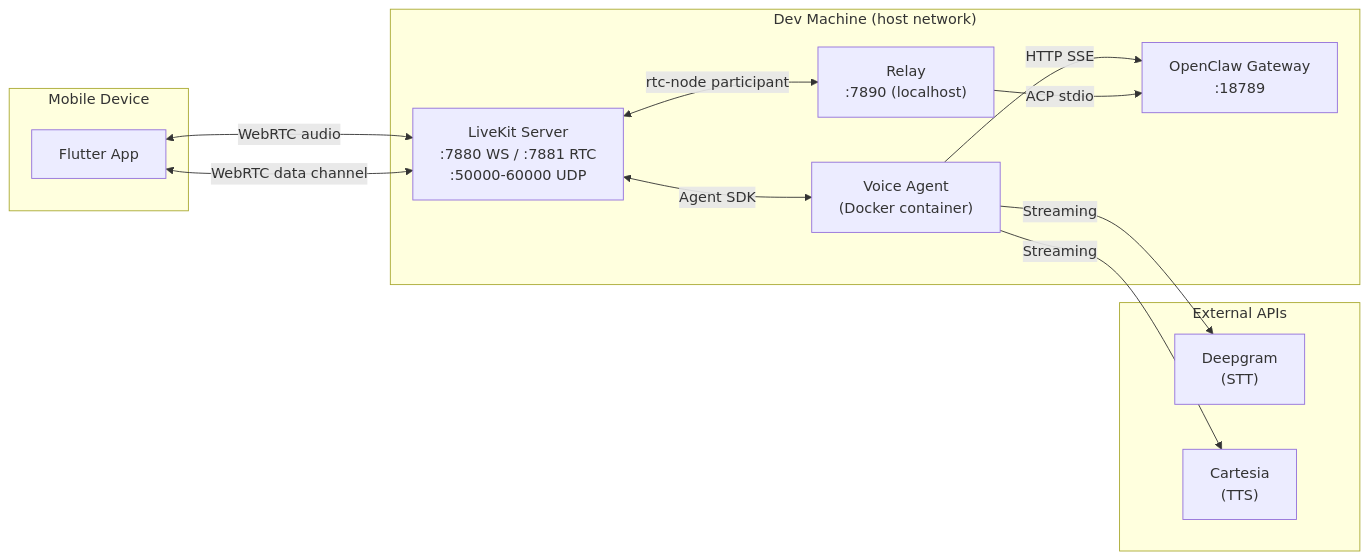
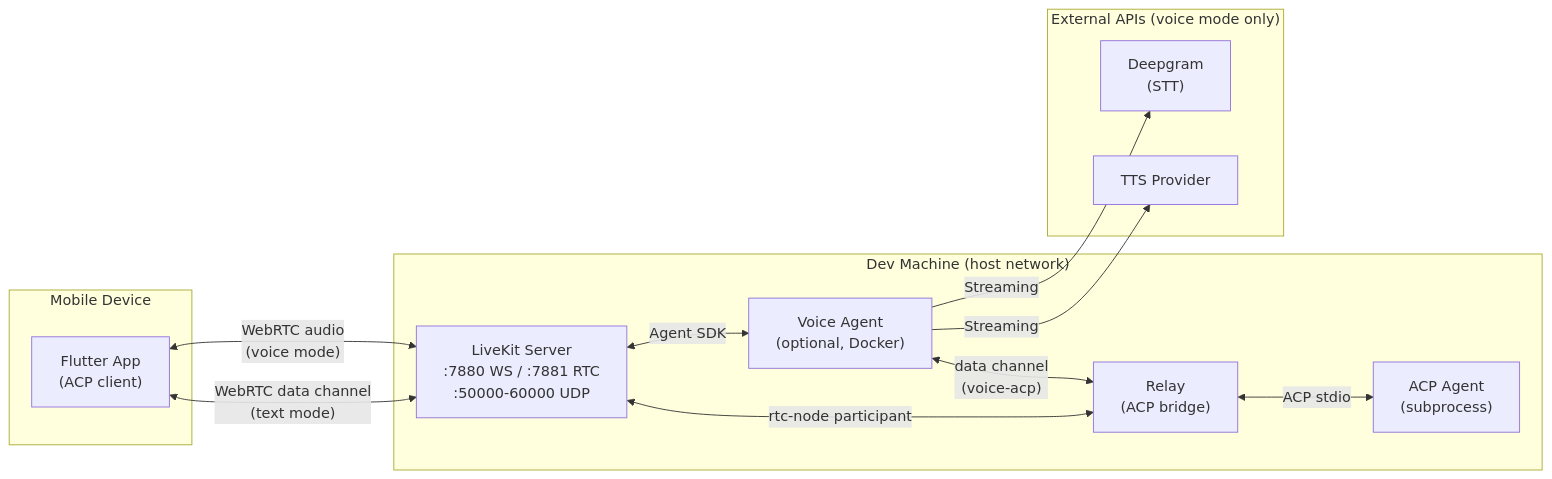
One commit to dremonkey/fletcher changed the third of 3 diagrams in docs/architecture/system-overview.md. Above: the diagram before and after it, drawn with Mermaid. The commit also changed other lines of this file and 26 other files, not shown here.

````diff
--- a/docs/architecture/system-overview.md
+++ b/docs/architecture/system-overview.md
@@ -116,27 +122,27 @@
 ```mermaid
 flowchart LR
     subgraph "Mobile Device"
-        APP["Flutter App"]
+        APP["Flutter App<br/>(ACP client)"]
     end
 
     subgraph "Dev Machine (host network)"
         LK["LiveKit Server<br/>:7880 WS / :7881 RTC<br/>:50000-60000 UDP"]
-        VA["Voice Agent<br/>(Docker container)"]
-        RL["Relay<br/>:7890 (localhost)"]
-        GW["OpenClaw Gateway<br/>:18789"]
+        VA["Voice Agent<br/>(optional, Docker)"]
+        RL["Relay<br/>(ACP bridge)"]
+        ACP["ACP Agent<br/>(subprocess)"]
     end
 
-    subgraph "External APIs"
+    subgraph "External APIs (voice mode only)"
         DG["Deepgram<br/>(STT)"]
-        CT["Cartesia<br/>(TTS)"]
+        TTS["TTS Provider"]
     end
 
-    APP <-->|"WebRTC audio"| LK
-    APP <-->|"WebRTC data channel"| LK
+    APP <-->|"WebRTC data channel<br/>(text mode)"| LK
+    APP <-->|"WebRTC audio<br/>(voice mode)"| LK
+    LK <-->|"rtc-node participant"| RL
     LK <-->|"Agent SDK"| VA
-    LK <-->|"rtc-node participant"| RL
-    VA -->|"HTTP SSE"| GW
-    RL -->|"ACP stdio"| GW
+    RL <-->|"ACP stdio"| ACP
+    VA <-->|"data channel<br/>(voice-acp)"| RL
     VA -->|"Streaming"| DG
-    VA -->|"Streaming"| CT
+    VA -->|"Streaming"| TTS
 ```
````
